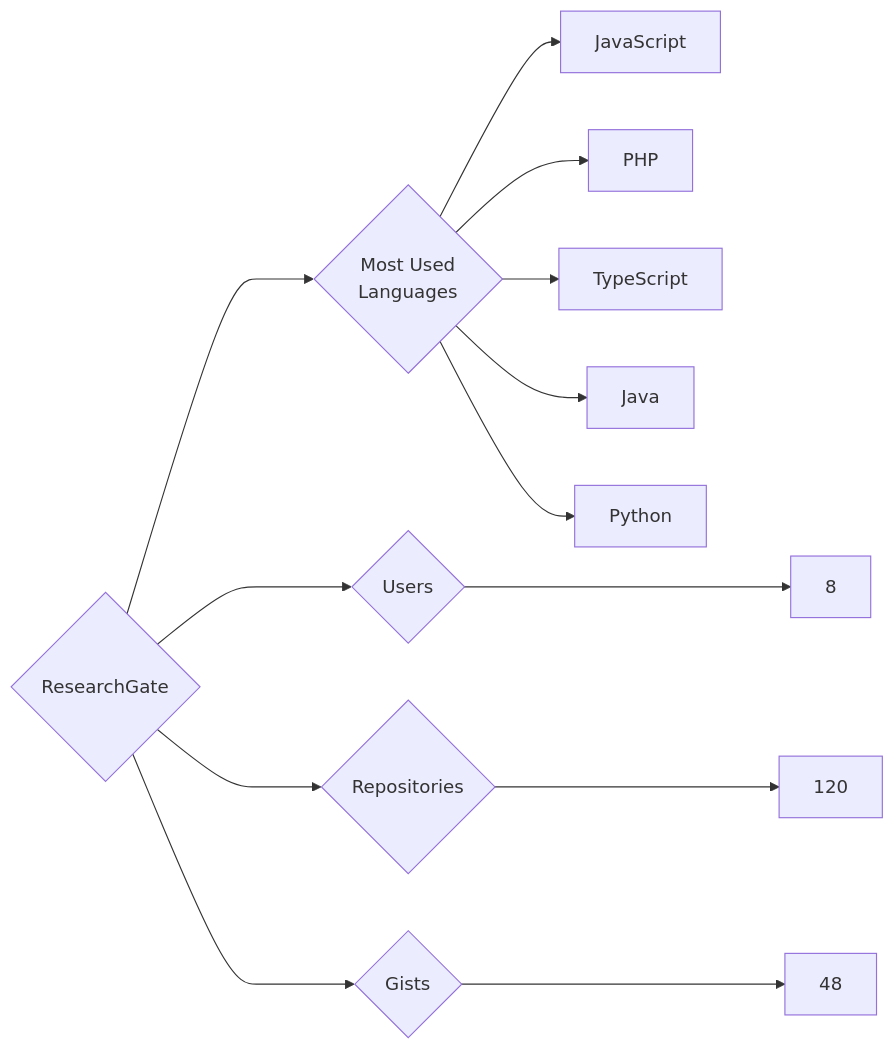
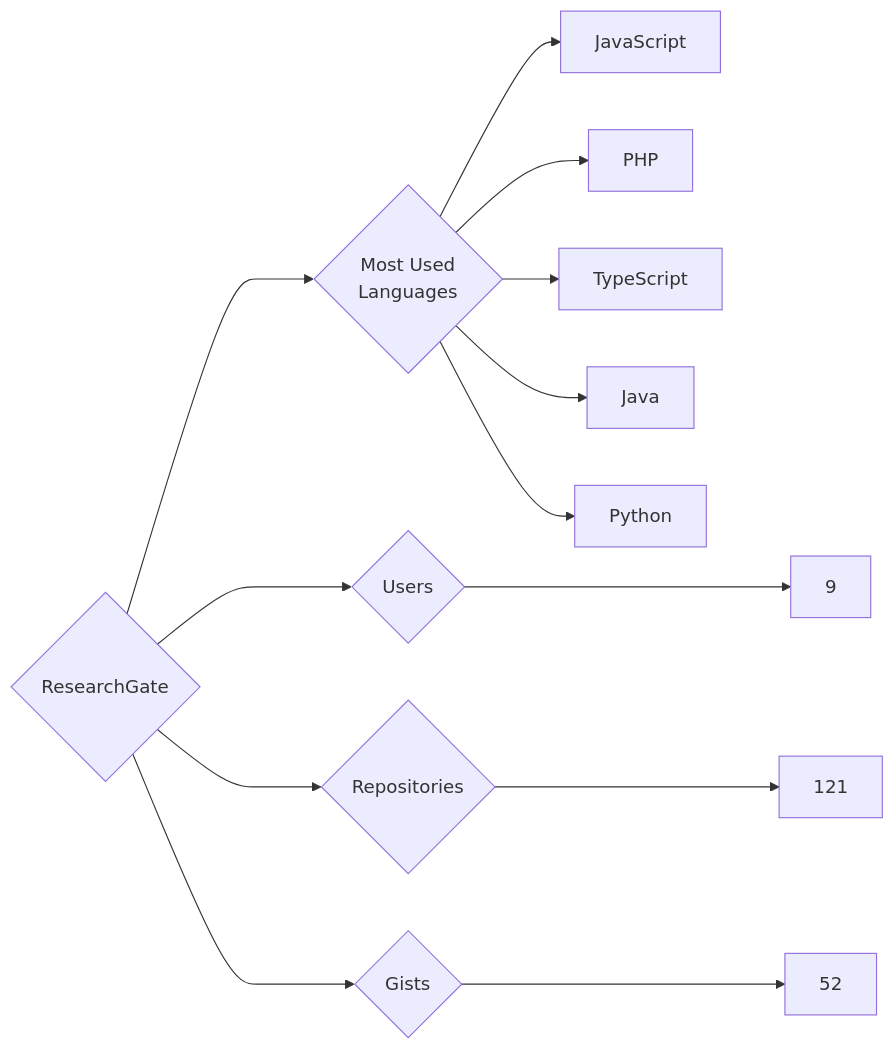
The diagram in targets/ResearchGate/README.md (trickest/insiders), drawn with Mermaid before and after one commit. The commit also changed 835 other files, not shown here.

````diff
--- a/targets/ResearchGate/README.md
+++ b/targets/ResearchGate/README.md
@@ -3,13 +3,13 @@
 ```mermaid
 graph LR
 COMPANY_NAME{ResearchGate}
-COMPANY_NAME ---> U{Users} ---> UN[8]
-COMPANY_NAME ---> R{Repositories} ---> RN[120]
-COMPANY_NAME ---> G{Gists} ---> GN[48]
+COMPANY_NAME ---> U{Users} ---> UN[9]
+COMPANY_NAME ---> R{Repositories} ---> RN[121]
+COMPANY_NAME ---> G{Gists} ---> GN[52]
 COMPANY_NAME ---> ML{Most Used<br>Languages}
 ML --> JavaScript[JavaScript]
 ML --> PHP[PHP]
 ML --> TypeScript[TypeScript]
 ML --> Java[Java]
 ML --> Python[Python]
 ```
````
